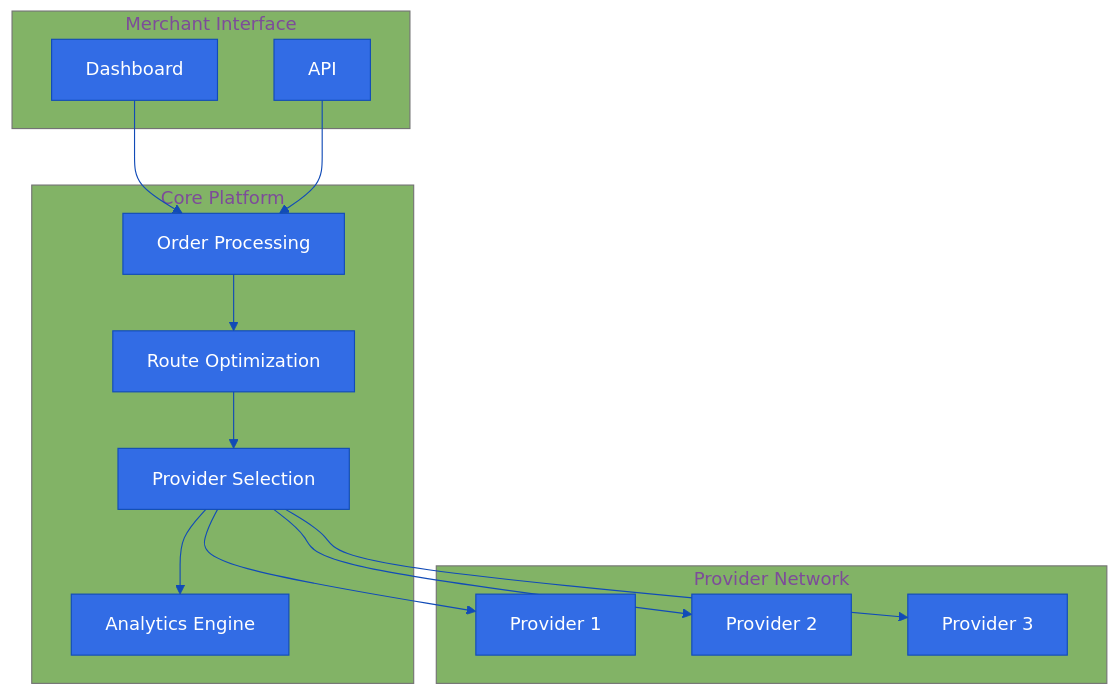
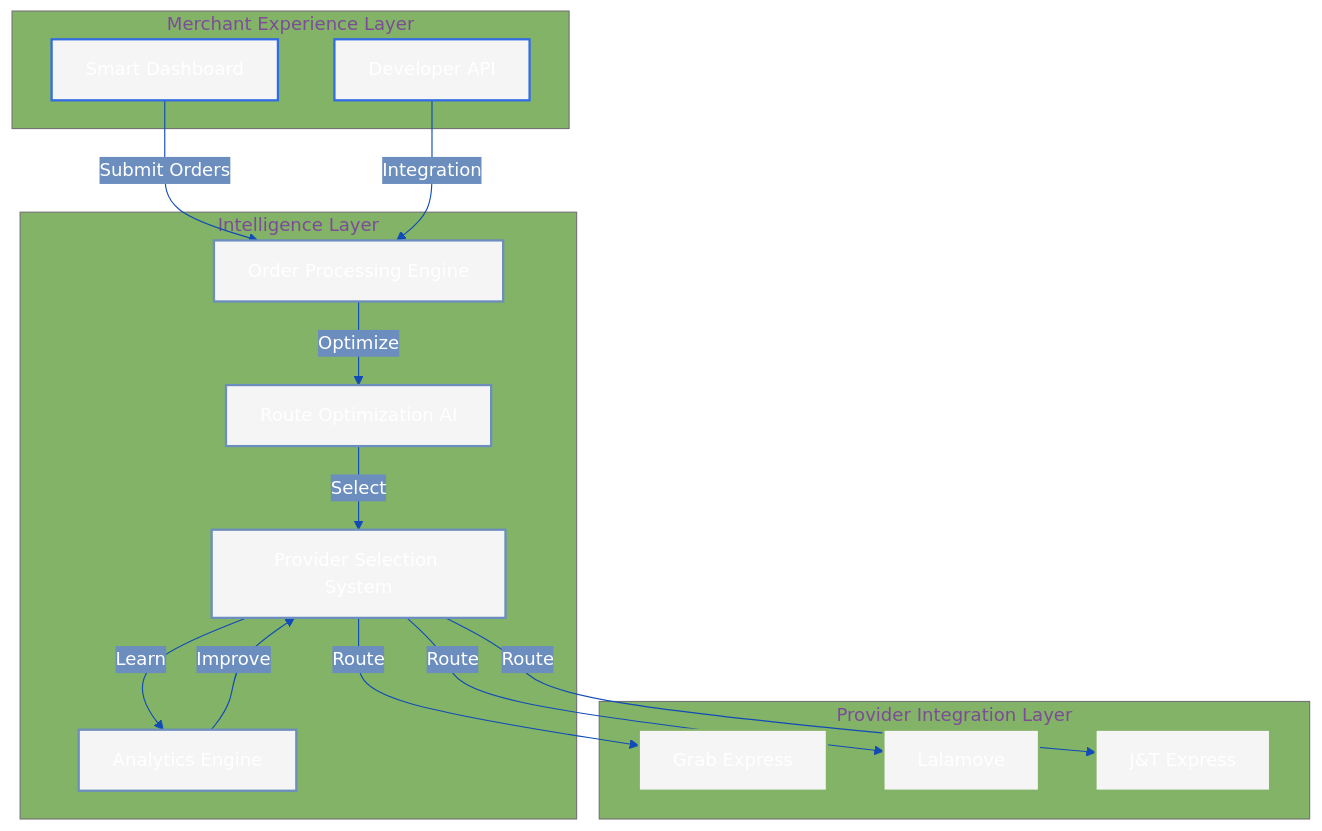
One commit to Dolpheyn/antar changed the second of 8 diagrams in docs/product/overview.md. Above: the diagram before and after it, drawn with Mermaid. The commit also changed other lines of this file and 76 other files, not shown here.

````diff
--- a/docs/product/overview.md
+++ b/docs/product/overview.md
@@ -17,30 +35,37 @@
 ```mermaid
 %%{init: {'theme': 'base', 'themeVariables': { 'primaryColor': '#326CE5', 'primaryTextColor': '#fff', 'primaryBorderColor': '#114BB7', 'lineColor': '#114BB7', 'secondaryColor': '#6C8EBF', 'tertiaryColor': '#82B366' }}}%%
 graph TB
-    subgraph "Merchant Interface"
-        UI[Dashboard]
-        API[API]
+    subgraph "Merchant Experience Layer"
+        UI[Smart Dashboard]
+        API[Developer API]
     end
     
-    subgraph "Core Platform"
-        OP[Order Processing]
-        RO[Route Optimization]
-        PS[Provider Selection]
+    subgraph "Intelligence Layer"
+        OP[Order Processing Engine]
+        RO[Route Optimization AI]
+        PS[Provider Selection System]
         AN[Analytics Engine]
     end
     
-    subgraph "Provider Network"
-        P1[Provider 1]
-        P2[Provider 2]
-        P3[Provider 3]
+    subgraph "Provider Integration Layer"
+        P1[Grab Express]
+        P2[Lalamove]
+        P3[J&T Express]
     end
     
-    UI --> OP
-    API --> OP
-    OP --> RO
-    RO --> PS
-    PS --> P1
-    PS --> P2
-    PS --> P3
-    PS --> AN
+    UI -->|"Submit Orders"| OP
+    API -->|"Integration"| OP
+    OP -->|"Optimize"| RO
+    RO -->|"Select"| PS
+    PS -->|"Route"| P1 & P2 & P3
+    PS -->|"Learn"| AN
+    AN -->|"Improve"| PS
+
+    classDef interface fill:#f5f5f5,stroke:#326CE5,stroke-width:2px
+    classDef core fill:#f5f5f5,stroke:#6C8EBF,stroke-width:2px
+    classDef provider fill:#f5f5f5,stroke:#82B366,stroke-width:2px
+
+    class UI,API interface
+    class OP,RO,PS,AN core
+    class P1,P2,P3 provider
 ```
````
